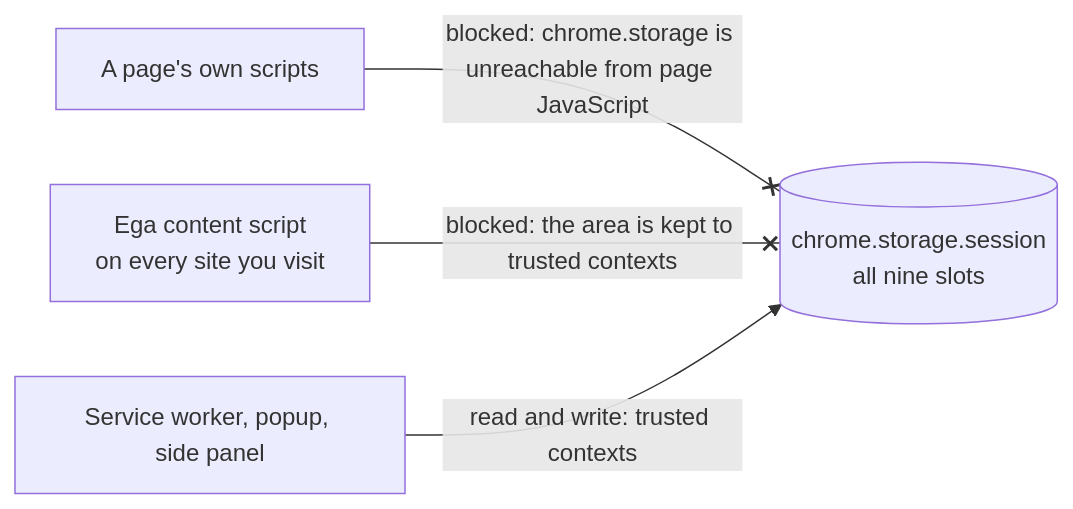
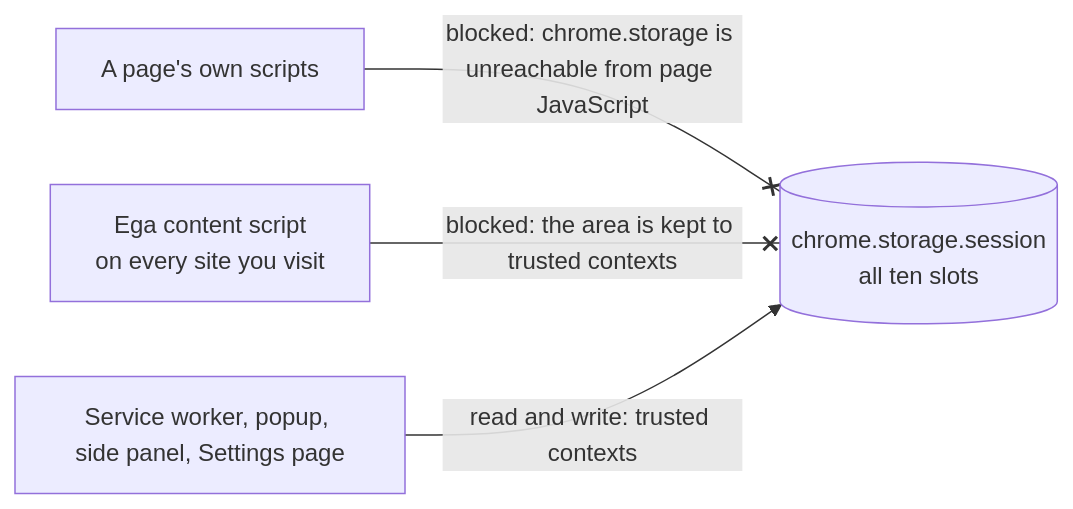
One commit to el-f/ega changed the diagram in docs/PERMISSIONS.md. Above: the diagram before and after it, drawn with Mermaid. The commit also changed other lines of this file and 6 other files, not shown here.

````diff
--- a/docs/PERMISSIONS.md
+++ b/docs/PERMISSIONS.md
@@ -150,6 +153,6 @@
 ```mermaid
 graph LR
-  page["A page's own scripts"] --x|"blocked: chrome.storage is unreachable from page JavaScript"| area[("chrome.storage.session<br/>all nine slots")]
+  page["A page's own scripts"] --x|"blocked: chrome.storage is unreachable from page JavaScript"| area[("chrome.storage.session<br/>all ten slots")]
   cs["Ega content script<br/>on every site you visit"] --x|"blocked: the area is kept to trusted contexts"| area
-  ext["Service worker, popup, side panel"] -->|"read and write: trusted contexts"| area
+  ext["Service worker, popup, side panel, Settings page"] -->|"read and write: trusted contexts"| area
 ```
````
